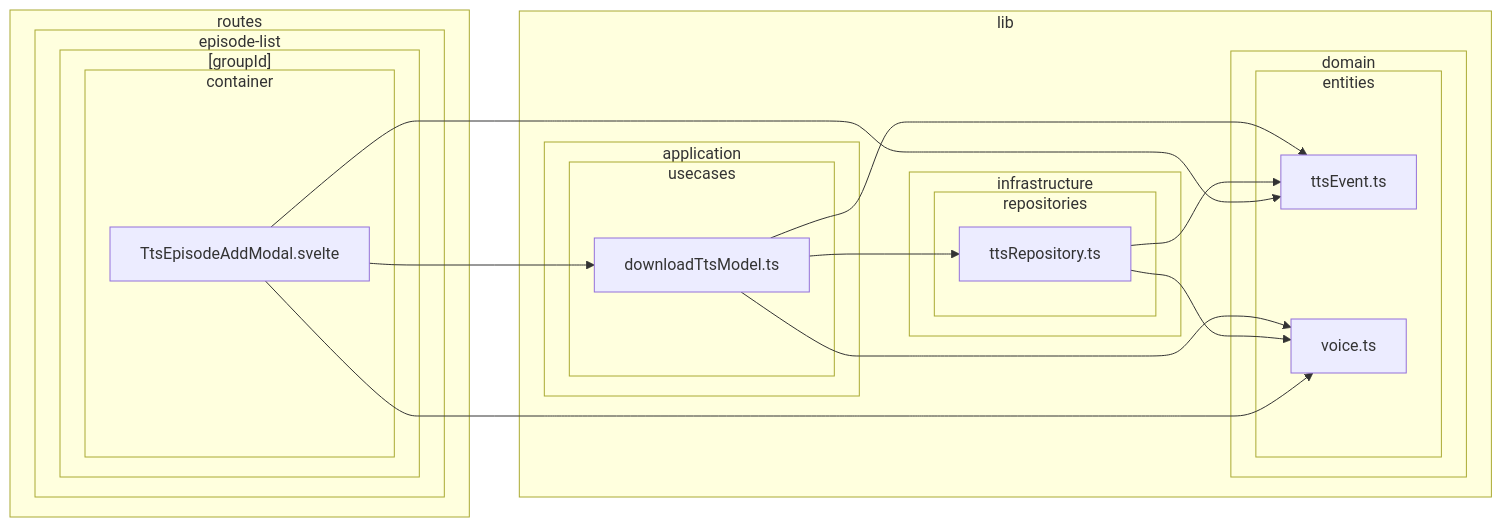
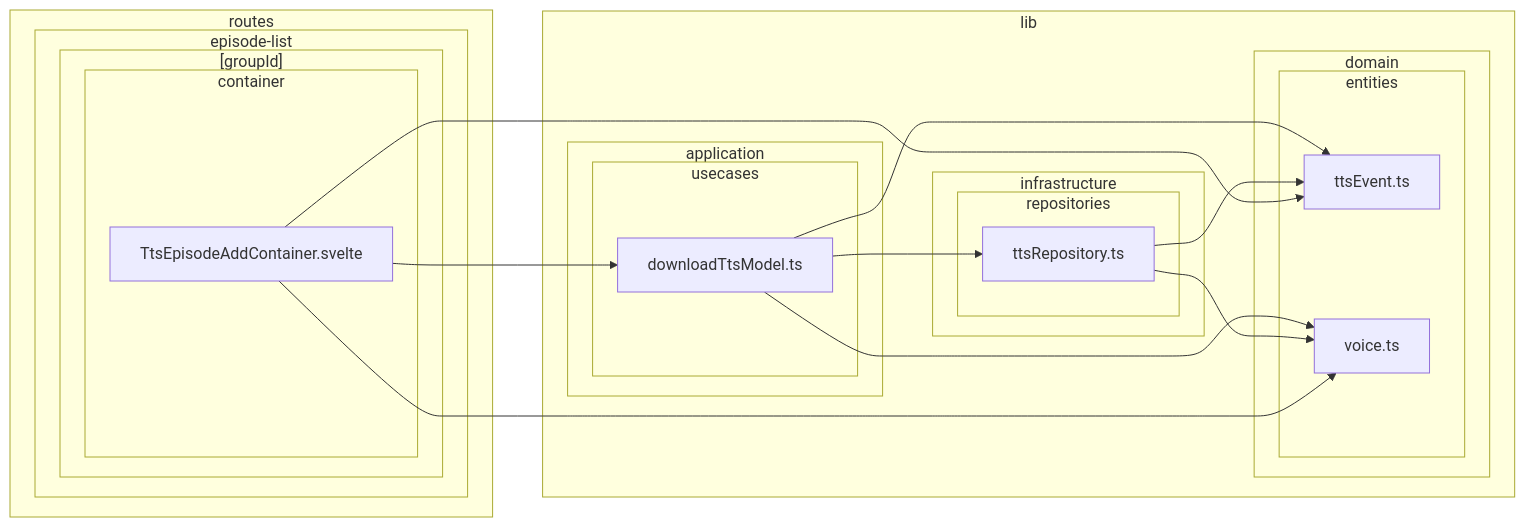
One commit to k5n/kotonoha changed diagram 12 of 38 in doc/dependency-graph.md. Above: the diagram before and after it, drawn with Mermaid. The commit also changed other lines of this file and 5 other files, not shown here.

First line of the commit message:
refactor: replace modal components for episode addition with container components

````diff
--- a/doc/dependency-graph.md
+++ b/doc/dependency-graph.md
@@ -541,38 +541,38 @@
 ```mermaid
 graph LR
         subgraph sg_lib ["lib"]
             subgraph sg_lib_application ["application"]
                 subgraph sg_lib_application_usecases ["usecases"]
                     src_lib_application_usecases_downloadTtsModel_ts["downloadTtsModel.ts"]
                 end
             end
             subgraph sg_lib_domain ["domain"]
                 subgraph sg_lib_domain_entities ["entities"]
                     src_lib_domain_entities_ttsEvent_ts["ttsEvent.ts"]
                     src_lib_domain_entities_voice_ts["voice.ts"]
                 end
             end
             subgraph sg_lib_infrastructure ["infrastructure"]
                 subgraph sg_lib_infrastructure_repositories ["repositories"]
                     src_lib_infrastructure_repositories_ttsRepository_ts["ttsRepository.ts"]
                 end
             end
         end
         subgraph sg_routes ["routes"]
             subgraph sg_routes_episode_list ["episode-list"]
                 subgraph sg_routes_episode_list__groupId_ ["[groupId]"]
                     subgraph sg_routes_episode_list__groupId__container ["container"]
-                        src_routes_episode_list__groupId__container_TtsEpisodeAddModal_svelte["TtsEpisodeAddModal.svelte"]
+                        src_routes_episode_list__groupId__container_TtsEpisodeAddContainer_svelte["TtsEpisodeAddContainer.svelte"]
                     end
                 end
             end
         end
     src_lib_application_usecases_downloadTtsModel_ts --> src_lib_domain_entities_ttsEvent_ts
     src_lib_application_usecases_downloadTtsModel_ts --> src_lib_domain_entities_voice_ts
     src_lib_application_usecases_downloadTtsModel_ts --> src_lib_infrastructure_repositories_ttsRepository_ts
     src_lib_infrastructure_repositories_ttsRepository_ts --> src_lib_domain_entities_ttsEvent_ts
     src_lib_infrastructure_repositories_ttsRepository_ts --> src_lib_domain_entities_voice_ts
-    src_routes_episode_list__groupId__container_TtsEpisodeAddModal_svelte --> src_lib_application_usecases_downloadTtsModel_ts
-    src_routes_episode_list__groupId__container_TtsEpisodeAddModal_svelte --> src_lib_domain_entities_ttsEvent_ts
-    src_routes_episode_list__groupId__container_TtsEpisodeAddModal_svelte --> src_lib_domain_entities_voice_ts
+    src_routes_episode_list__groupId__container_TtsEpisodeAddContainer_svelte --> src_lib_application_usecases_downloadTtsModel_ts
+    src_routes_episode_list__groupId__container_TtsEpisodeAddContainer_svelte --> src_lib_domain_entities_ttsEvent_ts
+    src_routes_episode_list__groupId__container_TtsEpisodeAddContainer_svelte --> src_lib_domain_entities_voice_ts
 ```
````
